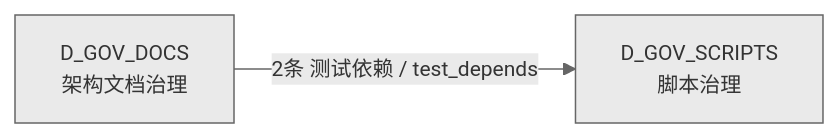
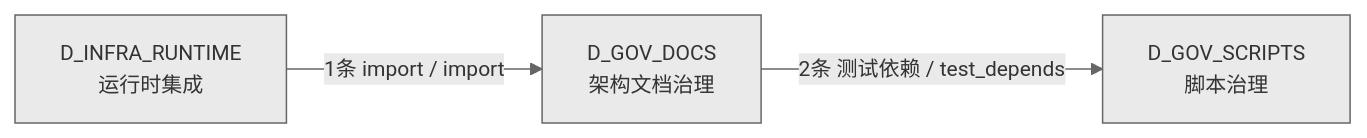
One commit to xuanFelixVan/ZephyrAlpha changed the fourth of 4 diagrams in docs/02_enterprise_architecture/02_domain_architecture_docs/51_d_gov_docs.md. Above: the diagram before and after it, drawn with Mermaid. The commit also changed other lines of this file and 33 other files, not shown here.

````diff
--- a/docs/02_enterprise_architecture/02_domain_architecture_docs/51_d_gov_docs.md
+++ b/docs/02_enterprise_architecture/02_domain_architecture_docs/51_d_gov_docs.md
@@ -206,7 +215,9 @@
 ```mermaid
 %%{init: {'theme': 'base', 'themeVariables': {'primaryColor': '#eaeaea', 'primaryTextColor': '#333333', 'primaryBorderColor': '#666666', 'lineColor': '#666666', 'secondaryColor': '#eaeaea', 'tertiaryColor': '#eaeaea', 'fontSize': '14px'}}}%%
 graph LR
     D_GOV_DOCS["D_GOV_DOCS<br/>架构文档治理"]
     D_GOV_SCRIPTS["D_GOV_SCRIPTS<br/>脚本治理"]
+    D_INFRA_RUNTIME["D_INFRA_RUNTIME<br/>运行时集成"]
     D_GOV_DOCS -->|2条 测试依赖 / test_depends| D_GOV_SCRIPTS
+    D_INFRA_RUNTIME -->|1条 import / import| D_GOV_DOCS
 ```
````
